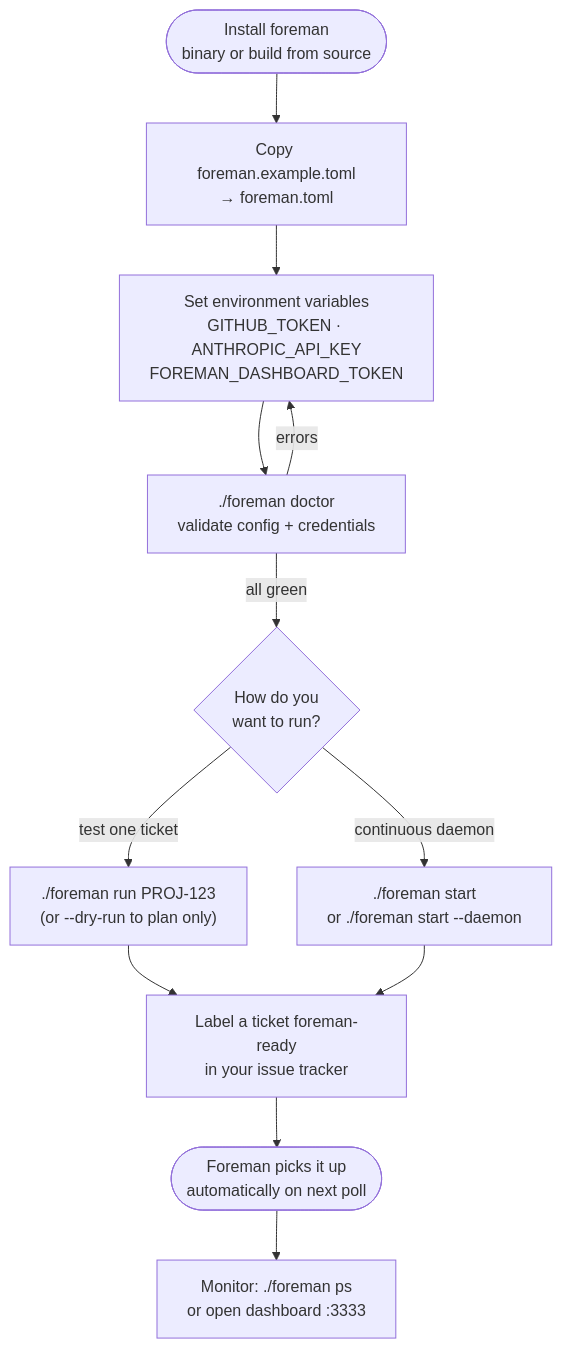
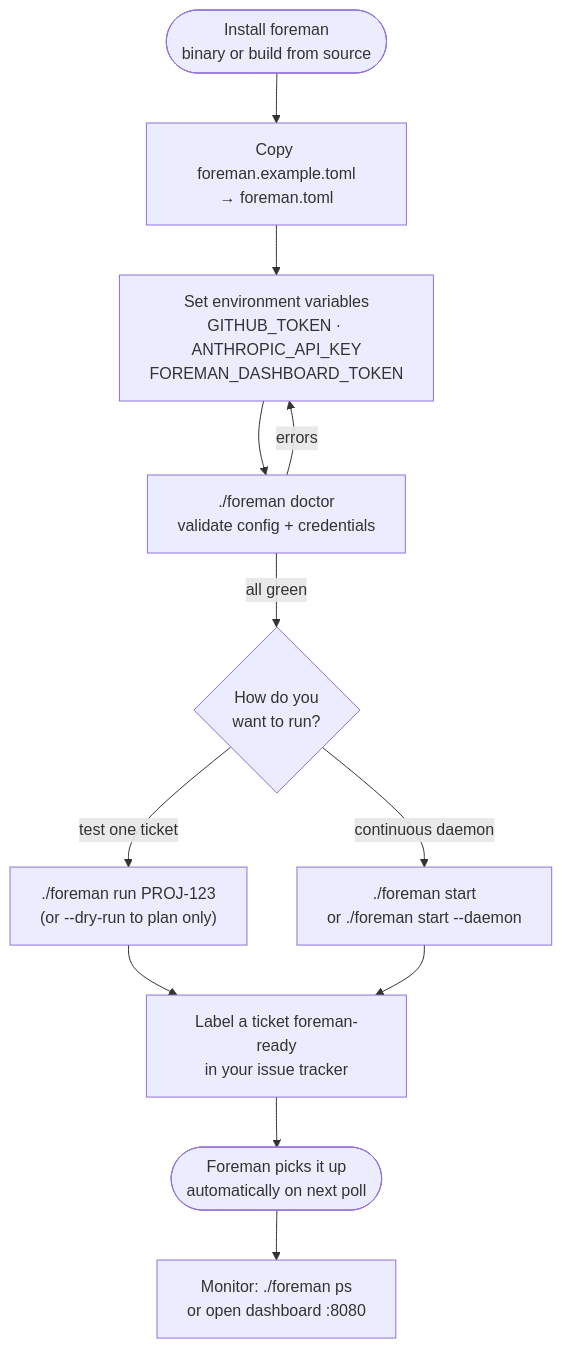
The diagram in docs/getting-started.md (canhta/foreman), drawn with Mermaid before and after one commit. The commit also changed other lines of this file and 17 other files, not shown here.

````diff
--- a/docs/getting-started.md
+++ b/docs/getting-started.md
@@ -93,16 +93,16 @@
 ```mermaid
 flowchart TD
     A([Install foreman\nbinary or build from source]) --> B["Copy foreman.example.toml\n→ foreman.toml"]
     B --> C["Set environment variables\nGITHUB_TOKEN · ANTHROPIC_API_KEY\nFOREMAN_DASHBOARD_TOKEN"]
     C --> D["./foreman doctor\nvalidate config + credentials"]
     D -- "errors" --> C
     D -- "all green" --> E{How do you\nwant to run?}
 
     E -- "test one ticket" --> F["./foreman run PROJ-123\n(or --dry-run to plan only)"]
     E -- "continuous daemon" --> G["./foreman start\nor ./foreman start --daemon"]
 
     F --> H["Label a ticket foreman-ready\nin your issue tracker"]
     G --> H
     H --> I(["Foreman picks it up\nautomatically on next poll"])
-    I --> J["Monitor: ./foreman ps\nor open dashboard :3333"]
+    I --> J["Monitor: ./foreman ps\nor open dashboard :8080"]
 ```
````
